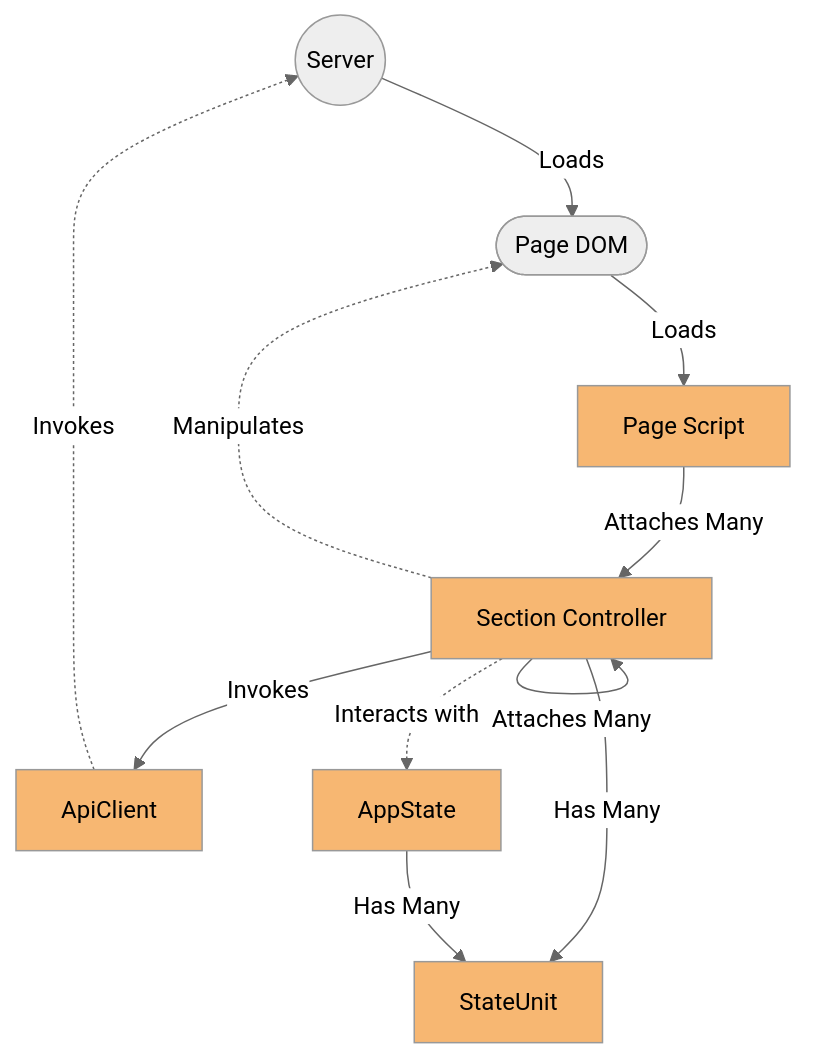
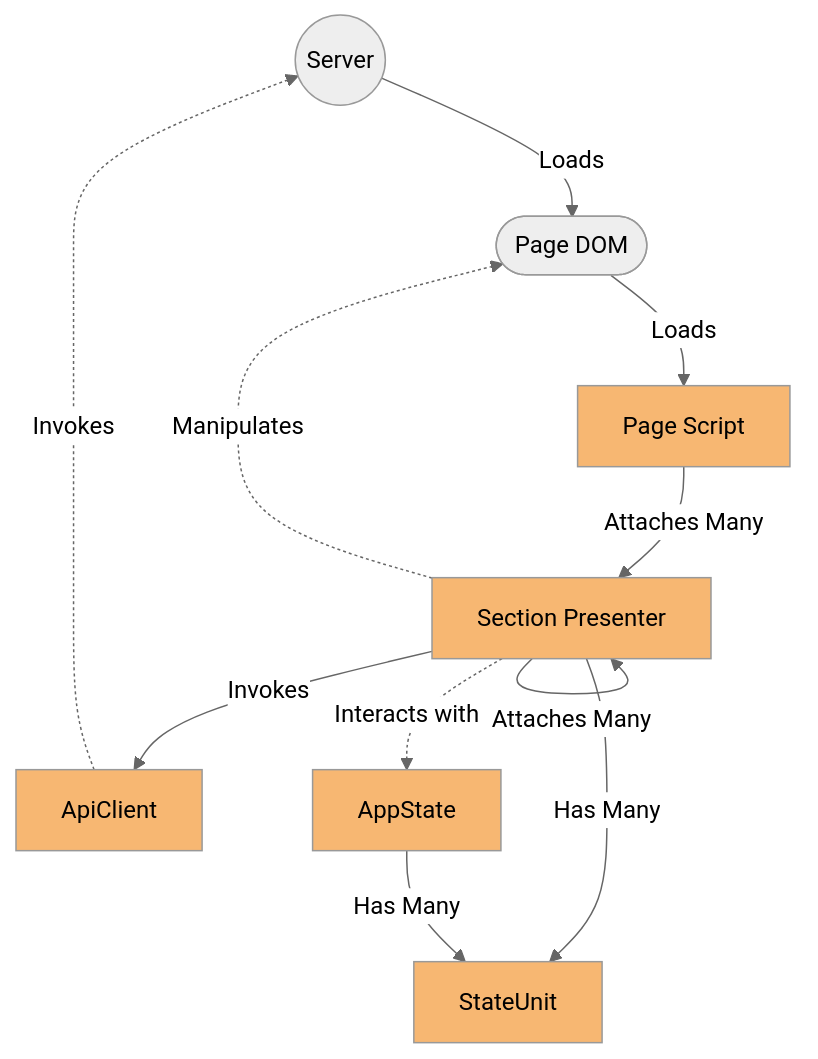
Before and after one commit to JeyDotC/libless-js-app: the diagram in README.md, drawn with Mermaid (neutral theme). The commit also changed 19 other files, not shown here.

````diff
--- a/README.md
+++ b/README.md
@@ -27,23 +27,23 @@
 ```mermaid
 graph TD
     classDef Script fill: #f7b772
 
     Server((Server))
     PageDOM([Page DOM])
     PageScript[Page Script]:::Script
-    SectionController[Section Controller]:::Script
+    SectionPresenter[Section Presenter]:::Script
     ApiClient:::Script
     AppState:::Script
     StateUnit:::Script
 
     Server -- Loads --> PageDOM
     PageDOM -- Loads --> PageScript
-    PageScript -- Attaches Many --> SectionController
-    SectionController -- Attaches Many --> SectionController
-    SectionController -. Manipulates .-> PageDOM
-    SectionController -- Invokes --> ApiClient
+    PageScript -- Attaches Many --> SectionPresenter
+    SectionPresenter -- Attaches Many --> SectionPresenter
+    SectionPresenter -. Manipulates .-> PageDOM
+    SectionPresenter -- Invokes --> ApiClient
     ApiClient -. Invokes .-> Server
-    SectionController -. Interacts with .-> AppState
-    SectionController -- Has Many --> StateUnit
+    SectionPresenter -. Interacts with .-> AppState
+    SectionPresenter -- Has Many --> StateUnit
     AppState -- Has Many --> StateUnit
 ```
````
